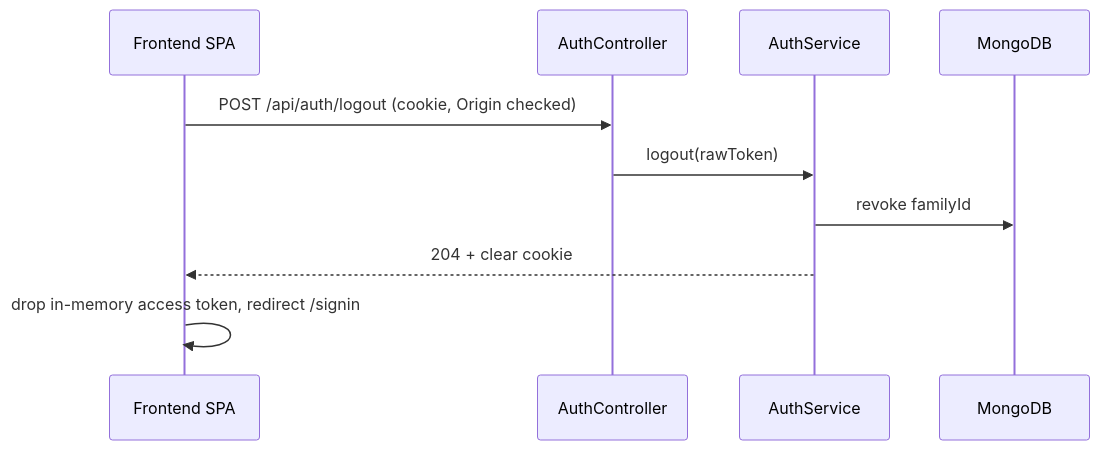
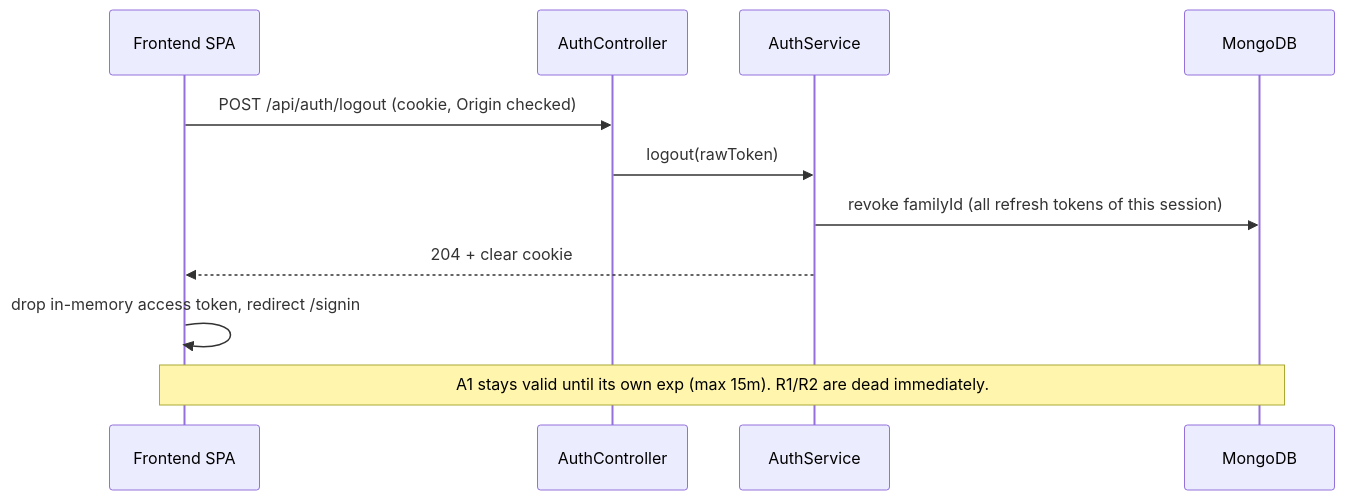
Before and after one commit to Rowan-habashy/easyGenerator-auth: the fifth of 6 diagrams in docs/architecture/auth-flow.md, drawn with Mermaid. The commit also changed other lines of this file and 4 other files, not shown here.

````diff
--- a/docs/architecture/auth-flow.md
+++ b/docs/architecture/auth-flow.md
@@ -104,13 +104,14 @@
 ```mermaid
 sequenceDiagram
     participant F as Frontend SPA
     participant A as AuthController
     participant S as AuthService
     participant D as MongoDB
 
     F->>A: POST /api/auth/logout (cookie, Origin checked)
     A->>S: logout(rawToken)
-    S->>D: revoke familyId
+    S->>D: revoke familyId (all refresh tokens of this session)
     S-->>F: 204 + clear cookie
     F->>F: drop in-memory access token, redirect /signin
+    Note over F,D: A1 stays valid until its own exp (max 15m). R1/R2 are dead immediately.
 ```
````
